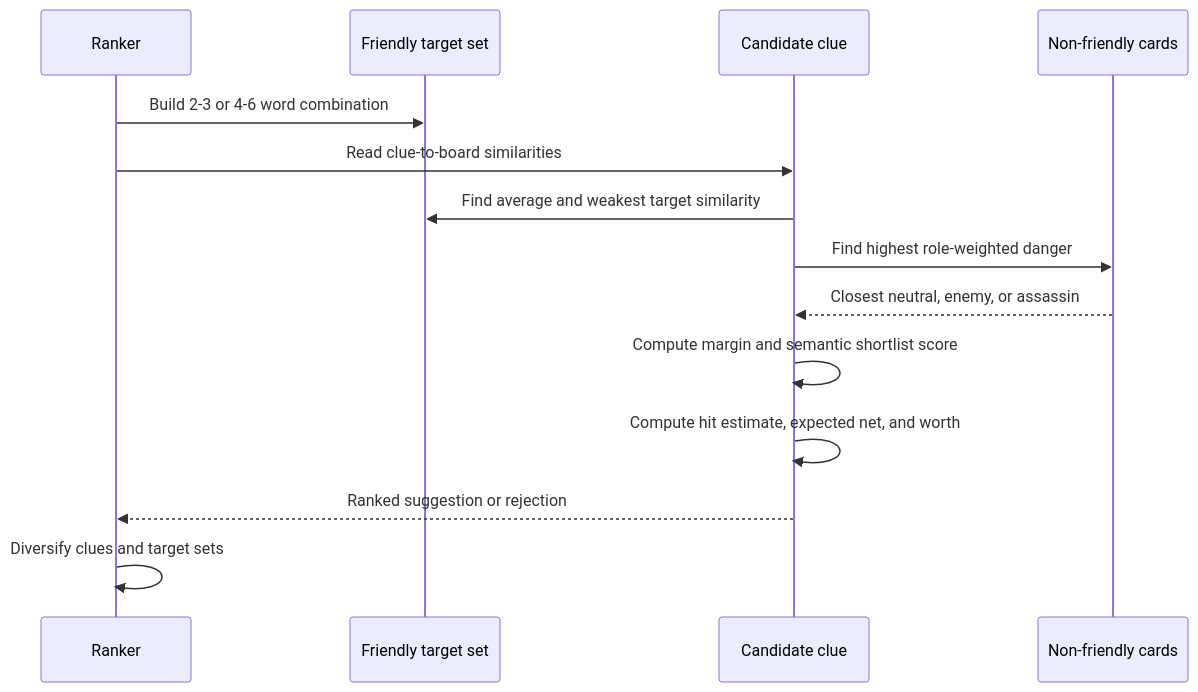
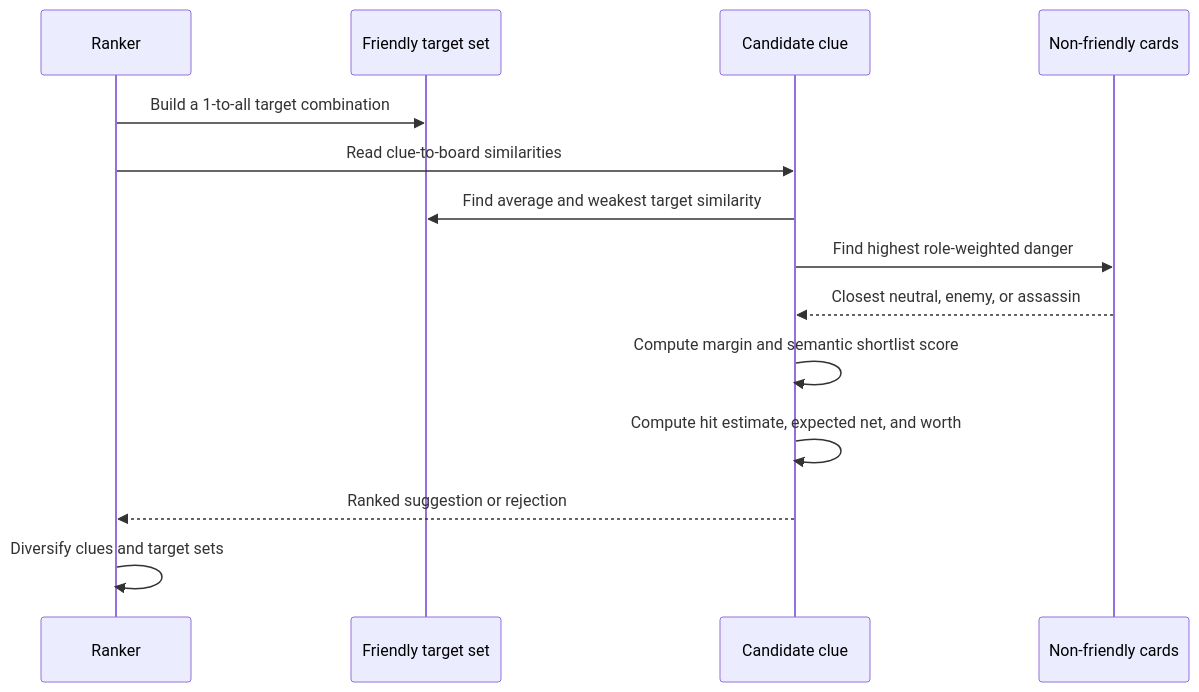
One commit to andybergon/codenames changed the third of 3 diagrams in README.md. Above: the diagram before and after it, drawn with Mermaid. The commit also changed other lines of this file and 5 other files, not shown here.

````diff
--- a/README.md
+++ b/README.md
@@ -170,17 +170,17 @@
 ```mermaid
 sequenceDiagram
   participant Ranker
   participant TargetSet as Friendly target set
   participant Candidate as Candidate clue
   participant Hazards as Non-friendly cards
 
-  Ranker->>TargetSet: Build 2-3 or 4-6 word combination
+  Ranker->>TargetSet: Build a 1-to-all target combination
   Ranker->>Candidate: Read clue-to-board similarities
   Candidate->>TargetSet: Find average and weakest target similarity
   Candidate->>Hazards: Find highest role-weighted danger
   Hazards-->>Candidate: Closest neutral, enemy, or assassin
   Candidate->>Candidate: Compute margin and semantic shortlist score
   Candidate->>Candidate: Compute hit estimate, expected net, and worth
   Candidate-->>Ranker: Ranked suggestion or rejection
   Ranker->>Ranker: Diversify clues and target sets
 ```
````
